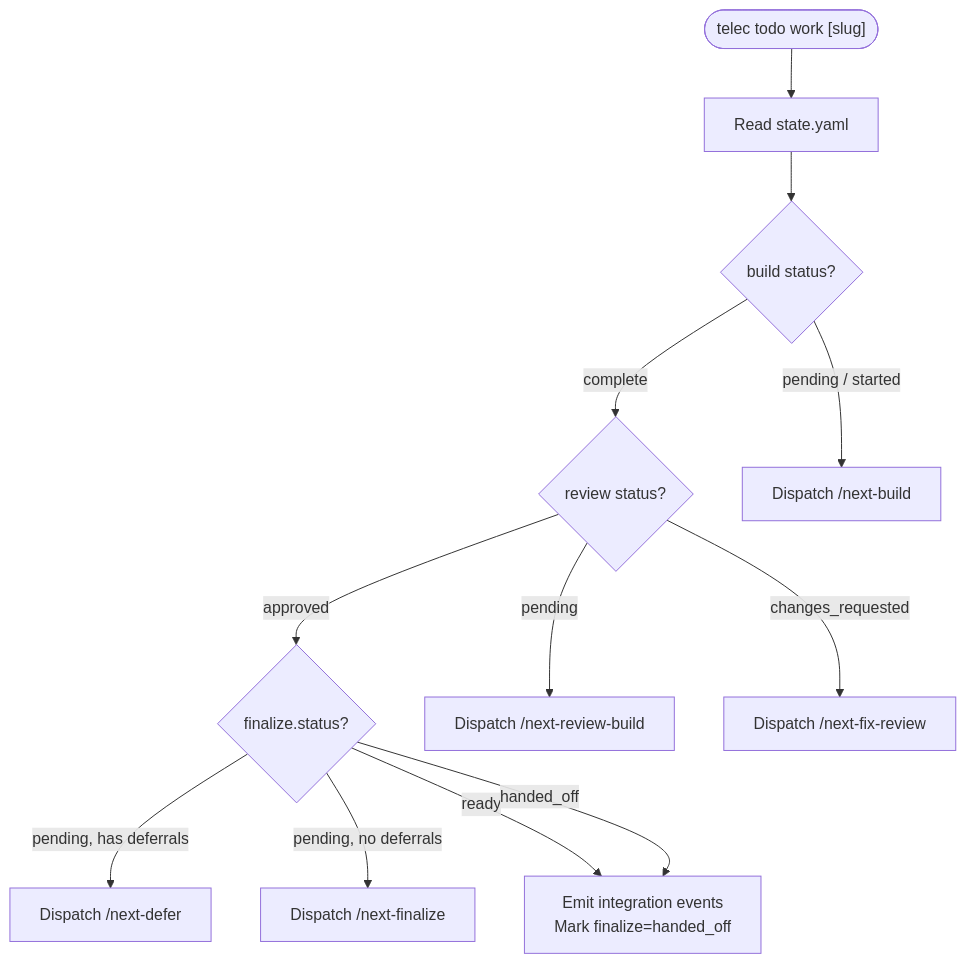
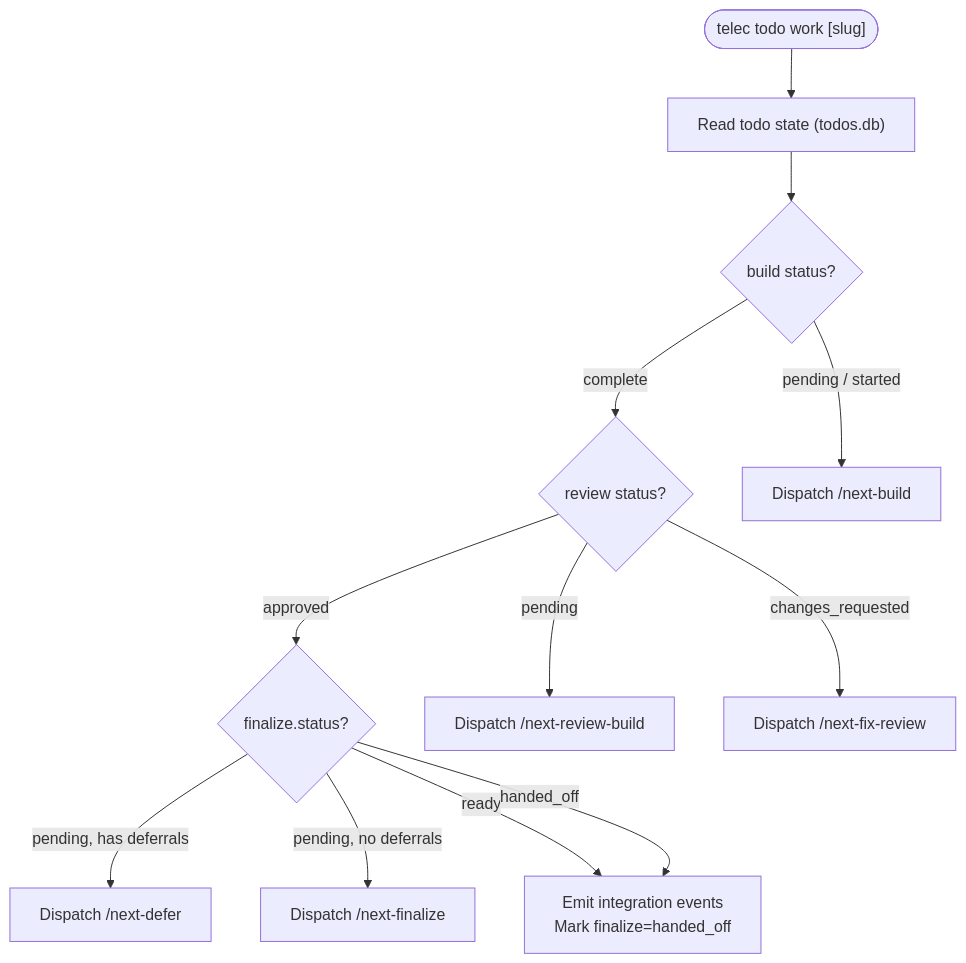
The second of 5 diagrams in docs/project/design/architecture/work-state-machine.md (InstruktAI/TeleClaude), drawn with Mermaid before and after one commit. The commit also changed other lines of this file and 33 other files, not shown here.

````diff
--- a/docs/project/design/architecture/work-state-machine.md
+++ b/docs/project/design/architecture/work-state-machine.md
@@ -136,31 +136,31 @@
 ```mermaid
 flowchart TD
     Start(["telec todo work [slug]"])
-    ReadState["Read state.yaml"]
+    ReadState["Read todo state (todos.db)"]
 
     BuildCheck{"build status?"}
     ReviewCheck{"review status?"}
     FinalizeCheck{"finalize.status?"}
 
     DispatchBuild["Dispatch /next-build"]
     DispatchReview["Dispatch /next-review-build"]
     DispatchFix["Dispatch /next-fix-review"]
     DispatchDefer["Dispatch /next-defer"]
     DispatchFinalize["Dispatch /next-finalize"]
     Handoff["Emit integration events<br/>Mark finalize=handed_off"]
 
     Start --> ReadState
     ReadState --> BuildCheck
 
     BuildCheck -->|"pending / started"| DispatchBuild
     BuildCheck -->|"complete"| ReviewCheck
 
     ReviewCheck -->|"pending"| DispatchReview
     ReviewCheck -->|"changes_requested"| DispatchFix
     ReviewCheck -->|"approved"| FinalizeCheck
 
     FinalizeCheck -->|"pending, has deferrals"| DispatchDefer
     FinalizeCheck -->|"pending, no deferrals"| DispatchFinalize
     FinalizeCheck -->|"ready"| Handoff
     FinalizeCheck -->|"handed_off"| Handoff
 ```
````
